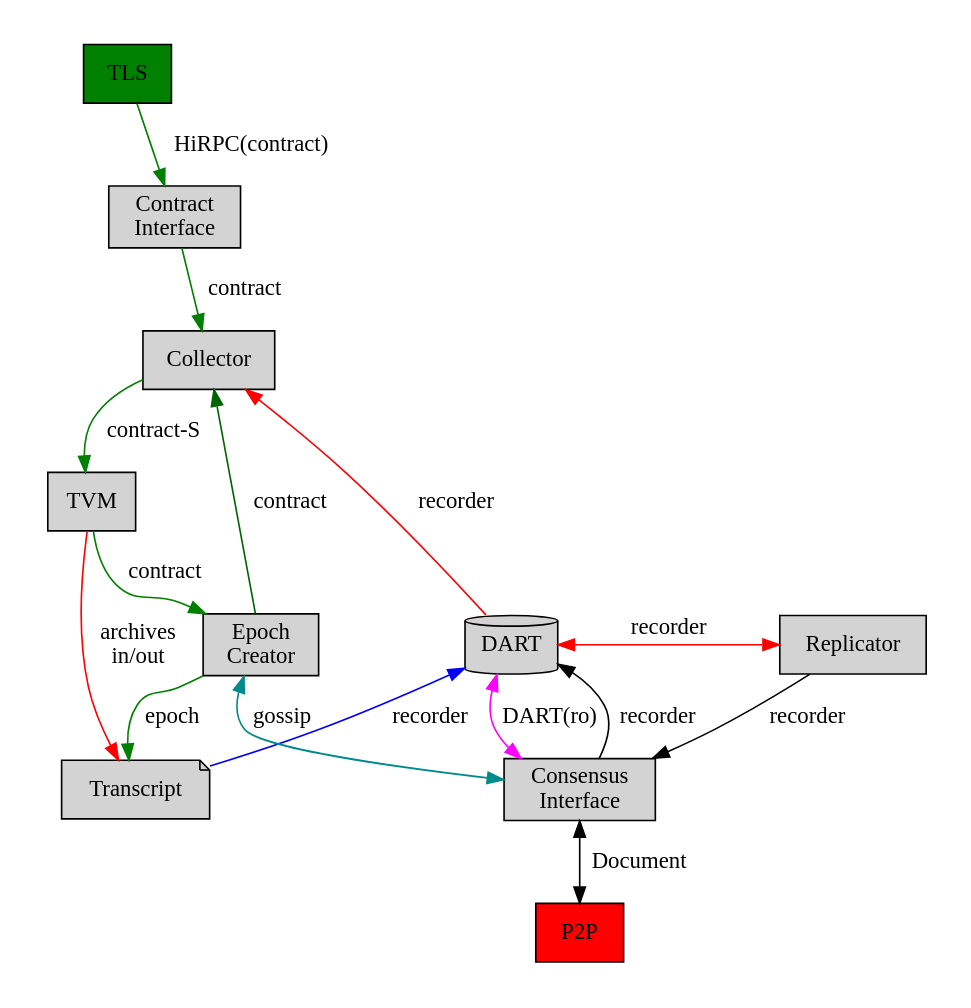
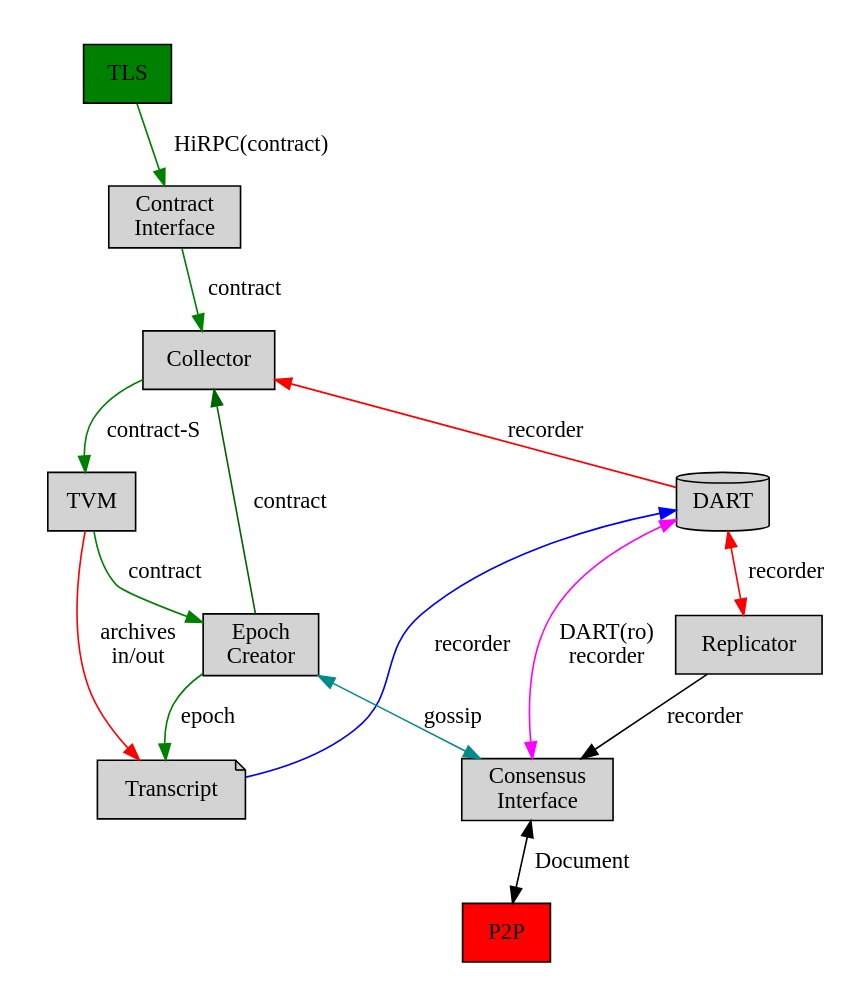
Before and after one commit to tagion/tagion: the first of 2 diagrams in documents/architecture/Network_Architecture.md, drawn with Graphviz. The commit also changed other lines of this file and 1 other file, not shown here.

Commit message:
DOC: DART flow

````diff
--- a/documents/architecture/Network_Architecture.md
+++ b/documents/architecture/Network_Architecture.md
@@ -30,40 +30,39 @@
 ```graphviz
 digraph Message_flow {
 rankdir=UD;
   compound=true;
   labelangle=35;
   node [style=filled]
   node [ shape = "rect"];
   DART [shape = cylinder];
   TLS [ style=filled fillcolor=green ];
   P2P [ style=filled fillcolor=red]
   ContractInterface [ label="Contract\nInterface"]
   ConsensusInterface [ label="Consensus\nInterface"]
   Transcript [shape = note]
   EpochCreator [label="Epoch\nCreator"]
   subgraph cluster_1 {
     peripheries=0;
     TLS -> ContractInterface [label="HiRPC(contract)" color=green];
  	ContractInterface -> Collector [label=contract color=green];
 	Collector -> TVM [label="contract-S" color=green];
 	EpochCreator -> Collector [label=contract color=darkgreen];
 	EpochCreator -> Transcript [label=epoch color=green];
     TVM -> Transcript [label="archives\nin/out" color=red];
   };
-  subgraph cluster_3 {
-    peripheries=0;
-	DART -> ConsensusInterface [label="DART(ro)" dir=both color=magenta];
-    ConsensusInterface -> DART [label=recorder]
-    ConsensusInterface -> P2P [label=Document dir=both];
-  };
-  subgraph cluster_2 {
+ subgraph cluster_2 {
     peripheries=0;
 	TVM -> EpochCreator [label=contract color=green];
     DART -> Replicator [label=recorder color=red dir=both];
+  };
+  subgraph cluster_3 {
+    peripheries=0;
+	DART -> ConsensusInterface [label="DART(ro)\nrecorder" dir=both color=magenta];
+    ConsensusInterface -> P2P [label=Document dir=both];
   };
   DART -> Collector [label=recorder color=red];
   EpochCreator -> ConsensusInterface [label=gossip dir=both color=cyan4];
   Transcript -> DART [label=recorder color=blue];
   Replicator -> ConsensusInterface [label=recorder];
 }
 ```
````
